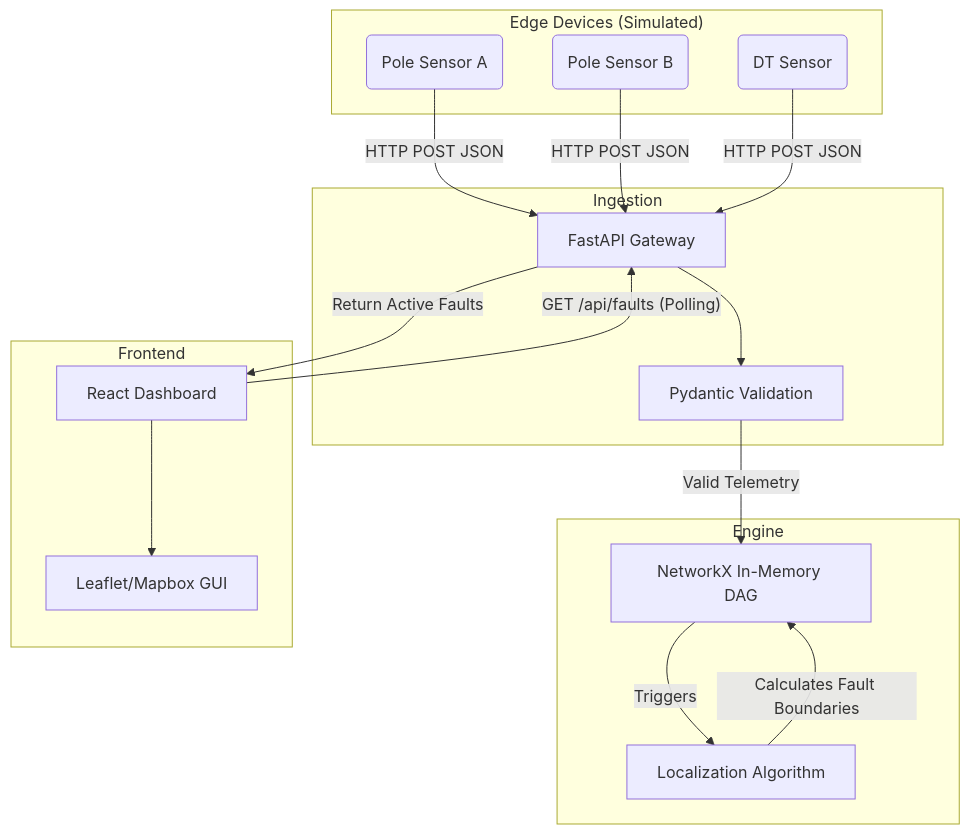
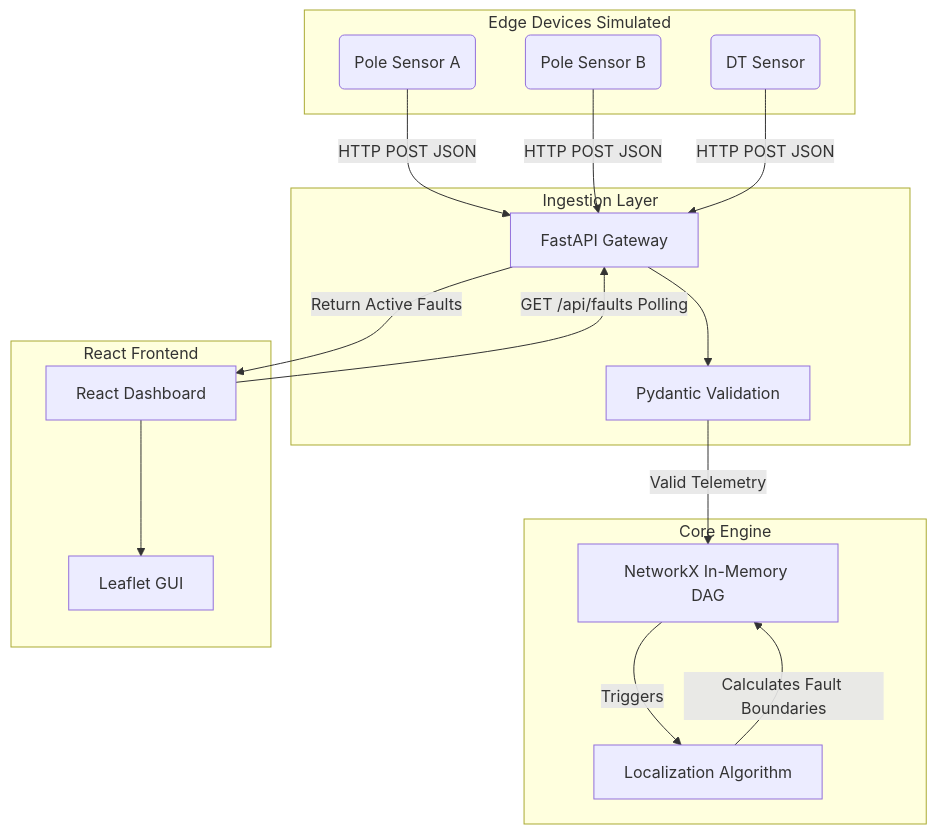
One commit to abheeyeee/outage-localization-engine changed the diagram in ARCHITECTURE.md. Above: the diagram before and after it, drawn with Mermaid.

Commit message:
fix mermaid diagram syntax for github rendering

````diff
--- a/ARCHITECTURE.md
+++ b/ARCHITECTURE.md
@@ -5,37 +5,37 @@
 ```mermaid
 flowchart TD
-    subgraph EdgeDevices ["Edge Devices (Simulated)"]
+    subgraph EdgeDevices [Edge Devices Simulated]
         P1(Pole Sensor A)
         P2(Pole Sensor B)
         P3(DT Sensor)
     end
     
-    subgraph Ingestion
+    subgraph Ingestion [Ingestion Layer]
         API[FastAPI Gateway]
         Validation[Pydantic Validation]
     end
     
-    subgraph Engine
+    subgraph Engine [Core Engine]
         Memory[NetworkX In-Memory DAG]
         Alg[Localization Algorithm]
     end
     
-    subgraph Frontend
+    subgraph Frontend [React Frontend]
         React[React Dashboard]
-        Map[Leaflet/Mapbox GUI]
+        Map[Leaflet GUI]
     end
     
-    P1 -- HTTP POST JSON --> API
-    P2 -- HTTP POST JSON --> API
-    P3 -- HTTP POST JSON --> API
+    P1 -->|HTTP POST JSON| API
+    P2 -->|HTTP POST JSON| API
+    P3 -->|HTTP POST JSON| API
     
     API --> Validation
-    Validation -- Valid Telemetry --> Memory
-    Memory -- Triggers --> Alg
+    Validation -->|Valid Telemetry| Memory
+    Memory -->|Triggers| Alg
     
-    Alg -- "Calculates Fault Boundaries" --> Memory
+    Alg -->|Calculates Fault Boundaries| Memory
     
-    React -- "GET /api/faults (Polling)" --> API
-    API -- Return Active Faults --> React
+    React -->|GET /api/faults Polling| API
+    API -->|Return Active Faults| React
     React --> Map
 ```
````
